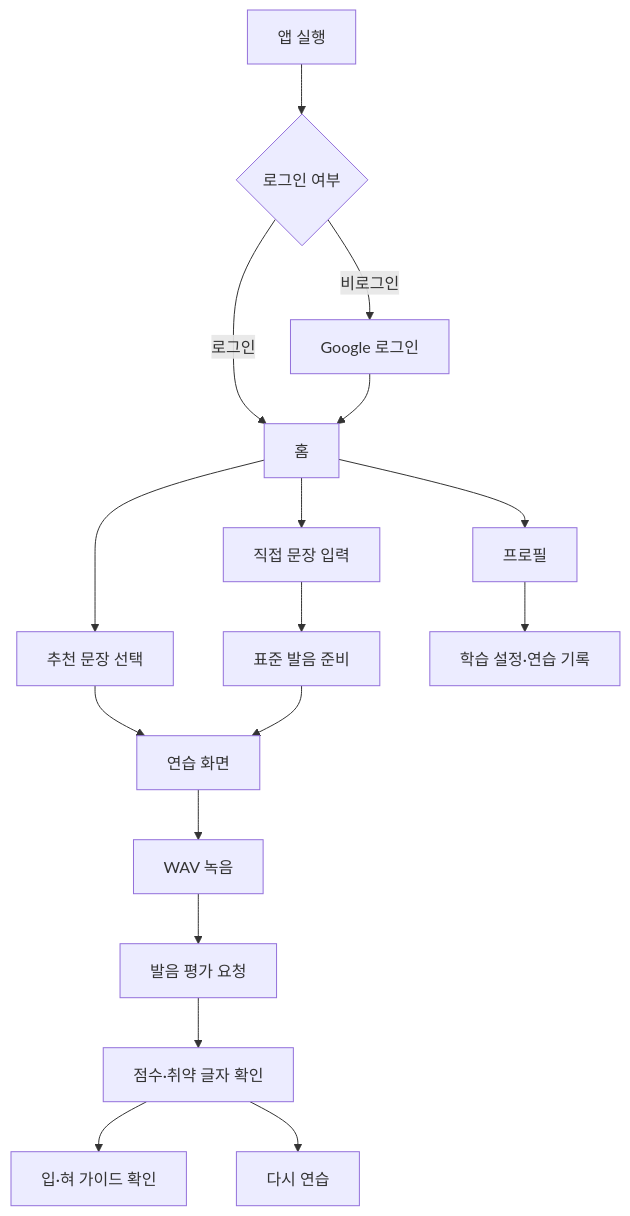
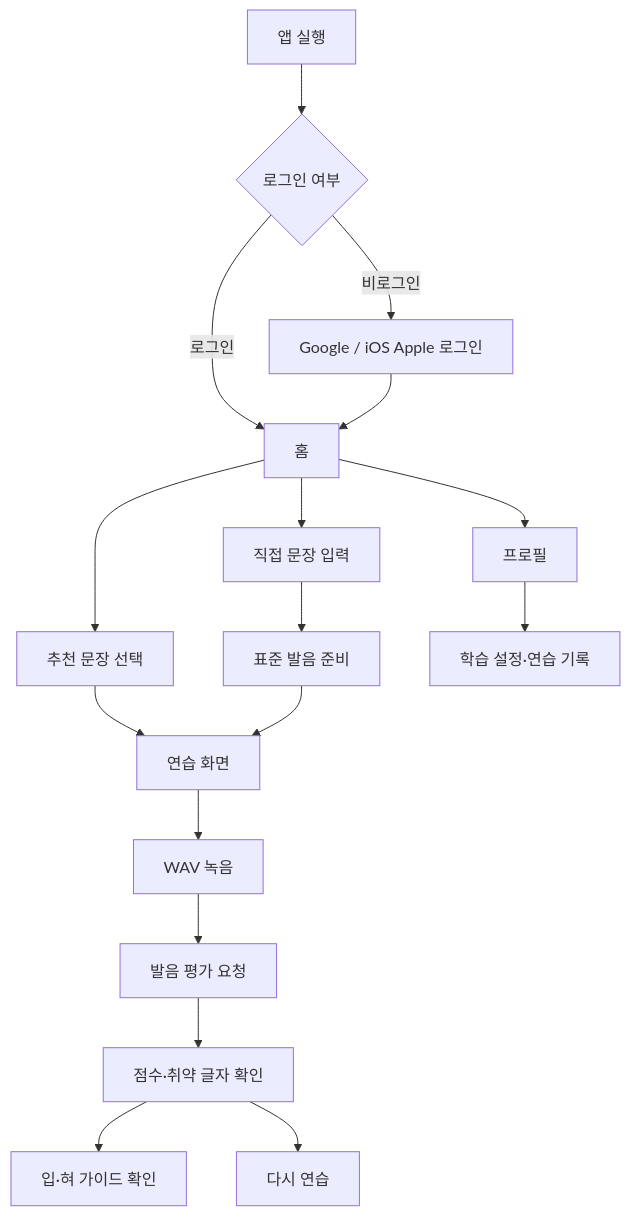
One commit to byeok99/LingKo changed the diagram in docs/overview/product-and-scope.md. Above: the diagram before and after it, drawn with Mermaid. The commit also changed other lines of this file and 72 other files, not shown here.

````diff
--- a/docs/overview/product-and-scope.md
+++ b/docs/overview/product-and-scope.md
@@ -16,19 +16,19 @@
 ```mermaid
 flowchart TD
     A[앱 실행] --> B{로그인 여부}
-    B -->|비로그인| C[Google 로그인]
+    B -->|비로그인| C[Google / iOS Apple 로그인]
     B -->|로그인| D[홈]
     C --> D
     D --> E[추천 문장 선택]
     D --> F[직접 문장 입력]
     E --> G[연습 화면]
     F --> H[표준 발음 준비]
     H --> G
     G --> I[WAV 녹음]
     I --> J[발음 평가 요청]
     J --> K[점수·취약 글자 확인]
     K --> L[입·혀 가이드 확인]
     K --> M[다시 연습]
     D --> N[프로필]
     N --> O[학습 설정·연습 기록]
 ```
````
